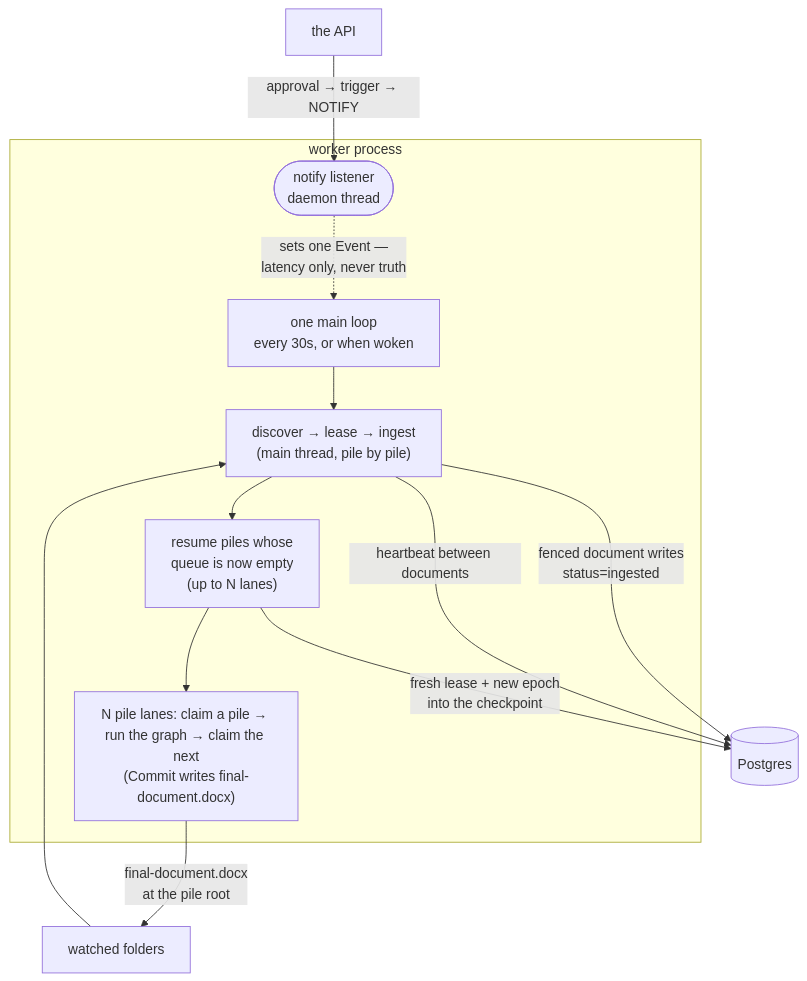
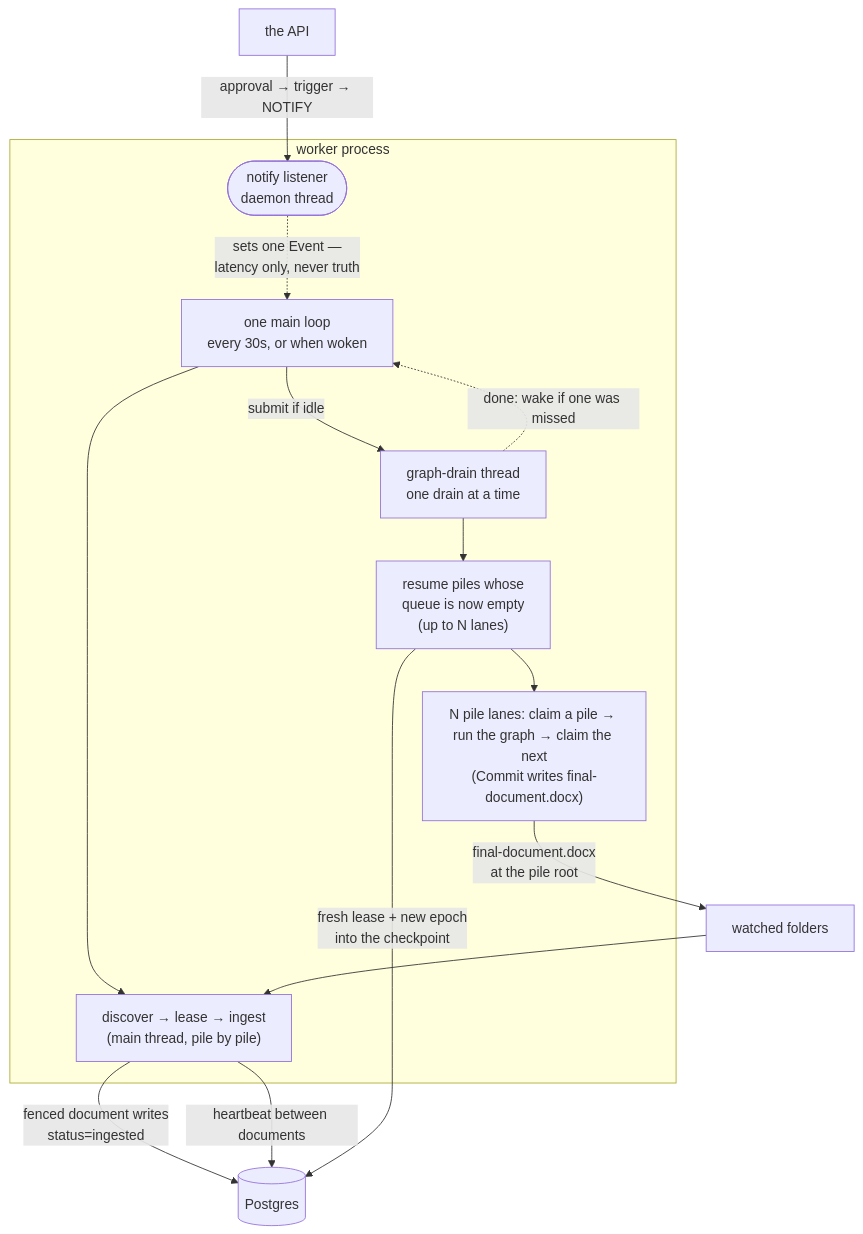
One commit to NigamDevansh/documents-analyst changed the diagram in docs/WORKER_RUNTIME.md. Above: the diagram before and after it, drawn with Mermaid. The commit also changed other lines of this file and 94 other files, not shown here.

````diff
--- a/docs/WORKER_RUNTIME.md
+++ b/docs/WORKER_RUNTIME.md
@@ -566,23 +596,26 @@
 ```mermaid
 flowchart TB
   subgraph W["worker process"]
     MAIN["one main loop<br/>every 30s, or when woken"]
     SCAN["discover → lease → ingest<br/>(main thread, pile by pile)"]
+    DRAIN["graph-drain thread<br/>one drain at a time"]
     RESUME["resume piles whose<br/>queue is now empty<br/>(up to N lanes)"]
     RUN["N pile lanes: claim a pile → run the graph → claim the next<br/>(Commit writes final-document.docx)"]
     LISTEN(["notify listener<br/>daemon thread"])
   end
 
   FS["watched folders"]
   DB[("Postgres")]
   API["the API"]
 
-  MAIN --> SCAN --> RESUME --> RUN
+  MAIN --> SCAN
+  MAIN -->|"submit if idle"| DRAIN --> RESUME --> RUN
+  DRAIN -.->|"done: wake if one was missed"| MAIN
   FS --> SCAN
   RUN -->|"final-document.docx<br/>at the pile root"| FS
   SCAN -->|"fenced document writes<br/>status=ingested"| DB
   SCAN -->|"heartbeat between documents"| DB
   RESUME -->|"fresh lease + new epoch<br/>into the checkpoint"| DB
   API -->|"approval → trigger → NOTIFY"| LISTEN
   LISTEN -.->|"sets one Event —<br/>latency only, never truth"| MAIN
 ```
````
